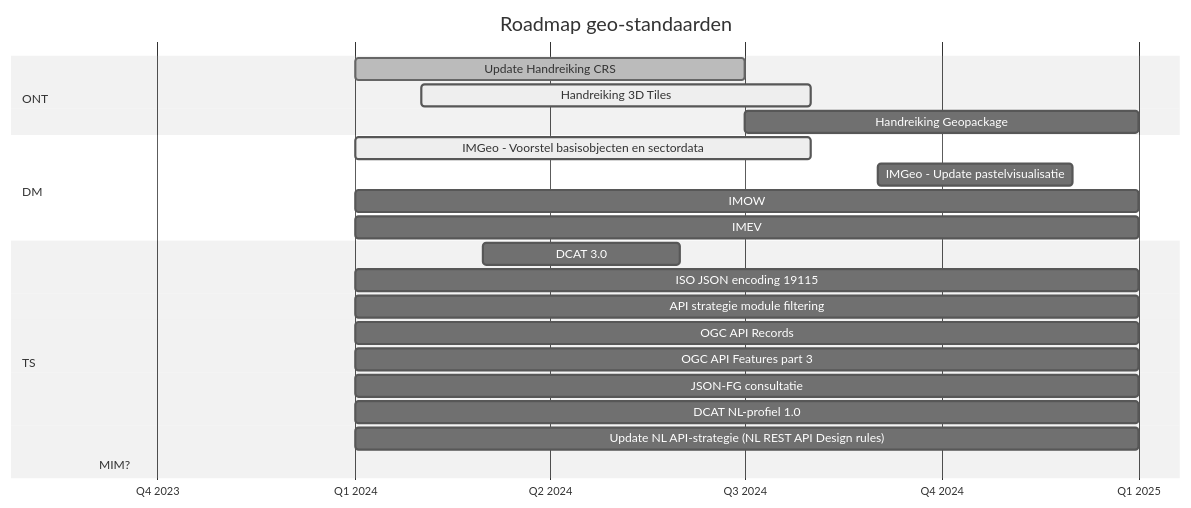
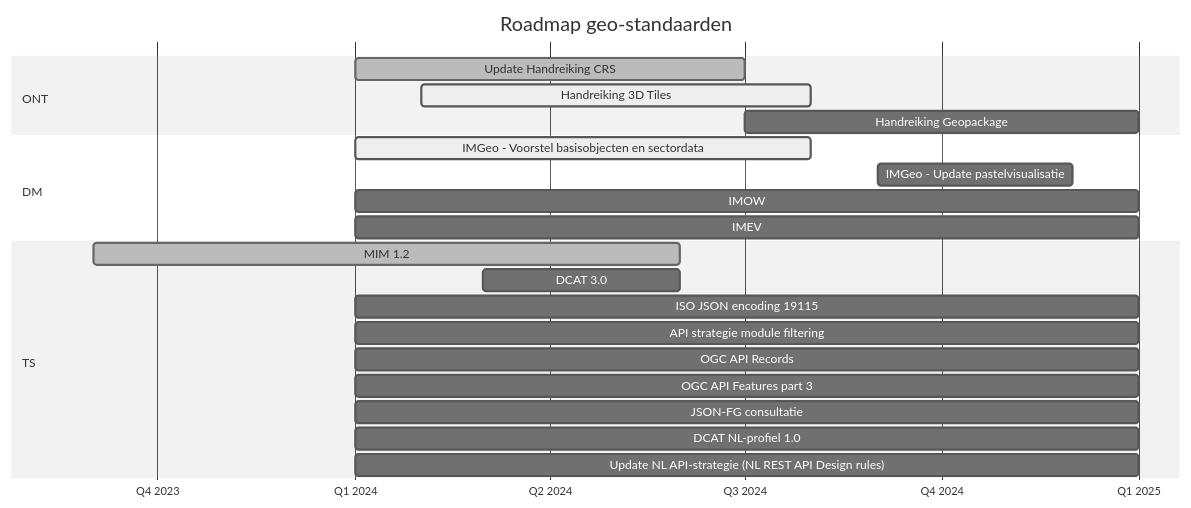
The diagram in roadmap.mmd (Geonovum/roadmap-geostandaarden), drawn with Mermaid (neutral theme) before and after one commit. The commit also changed other lines of this file, not shown here.

```diff
--- a/roadmap.mmd
+++ b/roadmap.mmd
@@ -1,47 +1,47 @@
 gantt
     title Roadmap geo-standaarden
     dateFormat YYYY-M
     axisFormat Q%q %Y
     tickInterval 3month
     section ONT
         %% Consultatie GeoPackage and Spatial Schema   :done,      2023-07, 3M
         % Update PTOLU Geo-standaarden                :done,    2023-10, 6M
         %% PoC Rechtendelegatie (oAuth)                :           2023-10, 3M
         %% OGC Code Sprint                             :           2023-10, 1M        
         %%Consultatie IMX-Geo                         :           2024-01, 3M
         Update Handreiking CRS                      :done,           2024-01, 6M        
         Handreiking 3D Tiles                        :active,          2024-02, 6M
         Handreiking Geopackage                      :           2024-07, 6M
         
     section DM        
         %%IMEV 2.0                                    :done,    2023-10, 3M
         %%IMG                                         :done,    2023-10, 3M
         IMGeo - Voorstel basisobjecten en sectordata:active,    2024-01, 7M
         IMGeo - Update pastelvisualisatie                :      2024-09, 3M
         IMOW                                        :           2024-01, 12M
         IMEV                                        :           2024-01, 12M
         %% IMKL                                        :           2023-09, 
         %% IMKAD                                       :           2023-09, 
         %% IMWOZ                                       :           2023-09, 
         %% IMBAG                                       :           2023-09, 
         %% IMBOR                                       :           2023-09, 
         %% GWSW                                        :           2023-09, 
         %% IMNA                                        :           2023-09, 
         %% IMDBK / IMROI                               :           2023-09, 
         %% BRT.Next                                    :           2023-09, 
 
     section TS
+        MIM 1.2                                               :done,    2023-09, 9M
         %%GeoPackage 1.4                              :active,    2023-10, 3M
         %%CityJSON 2.0                                :active,    2023-10, 3M
         %%OGC Training DML-AI 1.0                     :active,    2023-10, 3M
         %%Consultatie standaard voor begrippenkaders  :           2023-10, 3M        
         %Standaard voor begrippenkaders SBB v1.0.0       :           2024-01, 3M
         DCAT 3.0                                    :donez,       2024-03, 3M 
         ISO JSON encoding 19115                     :           2024-01, 12M
         API strategie module filtering              :           2024-01, 12M
         OGC API Records                             :           2024-01, 12M
         OGC API Features part 3                     :           2024-01, 12M
         JSON-FG consultatie                         :           2024-01, 12M
         DCAT NL-profiel 1.0                         :           2024-01, 12M
         Update NL API-strategie (NL REST API Design rules) :    2024-01, 12M
-        MIM?                                               :    2023-09,
```
